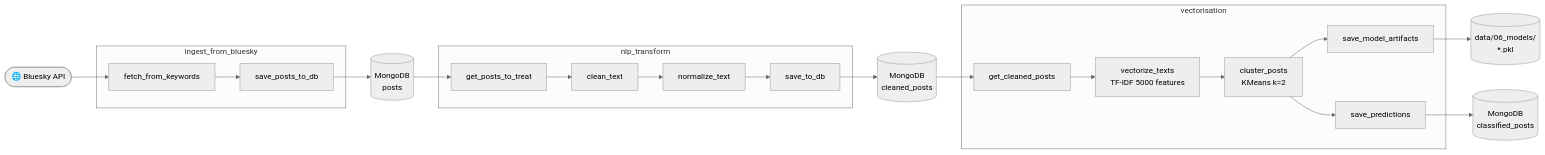
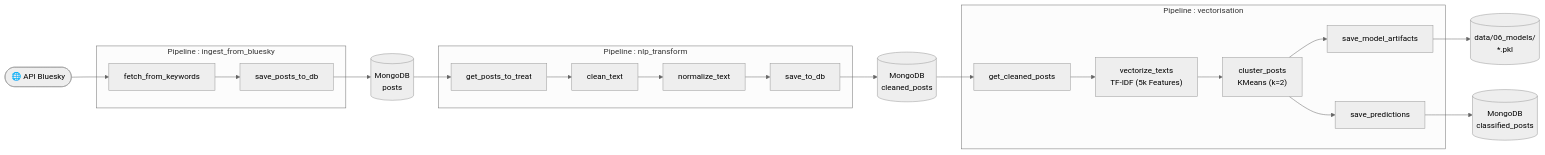
Before and after one commit to Sebastien35/projet_etudes_data: the first of 2 diagrams in DAT.md, drawn with Mermaid (neutral theme). The commit also changed other lines of this file, not shown here.

````diff
--- a/DAT.md
+++ b/DAT.md
@@ -288,41 +227,42 @@
 ```mermaid
 flowchart LR
-    BS(["🌐 Bluesky API"])
+    BS(["🌐 API Bluesky"])
     M1[("MongoDB\nposts")]
     M2[("MongoDB\ncleaned_posts")]
     M3[("MongoDB\nclassified_posts")]
     PKL[("data/06_models/\n*.pkl")]
 
-    subgraph P1["ingest_from_bluesky"]
+    subgraph P1["Pipeline : ingest_from_bluesky"]
         N1["fetch_from_keywords"]
         N2["save_posts_to_db"]
         N1 --> N2
     end
 
-    subgraph P2["nlp_transform"]
+    subgraph P2["Pipeline : nlp_transform"]
         N3["get_posts_to_treat"]
         N4["clean_text"]
         N5["normalize_text"]
         N6["save_to_db"]
         N3 --> N4 --> N5 --> N6
     end
 
-    subgraph P3["vectorisation"]
+    subgraph P3["Pipeline : vectorisation"]
         N7["get_cleaned_posts"]
-        N8["vectorize_texts\nTF-IDF 5000 features"]
-        N9["cluster_posts\nKMeans k=2"]
+        N8["vectorize_texts\nTF-IDF (5k Features)"]
+        N9["cluster_posts\nKMeans (k=2)"]
         N10["save_model_artifacts"]
         N11["save_predictions"]
         N7 --> N8 --> N9
         N9 --> N10
         N9 --> N11
     end
 
     BS --> N1
     N2 --> M1
     M1 --> N3
     N6 --> M2
     M2 --> N7
     N10 --> PKL
     N11 --> M3
+
 ```
````
